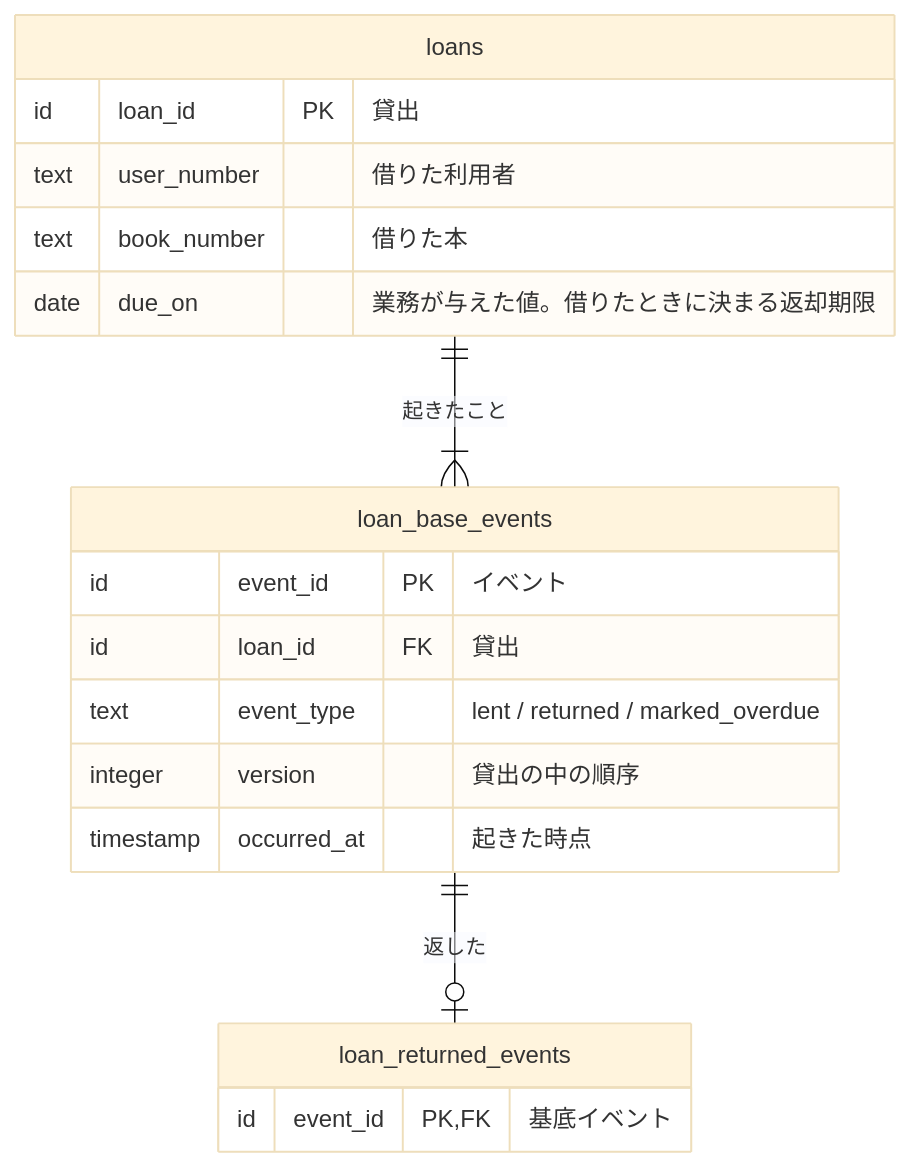
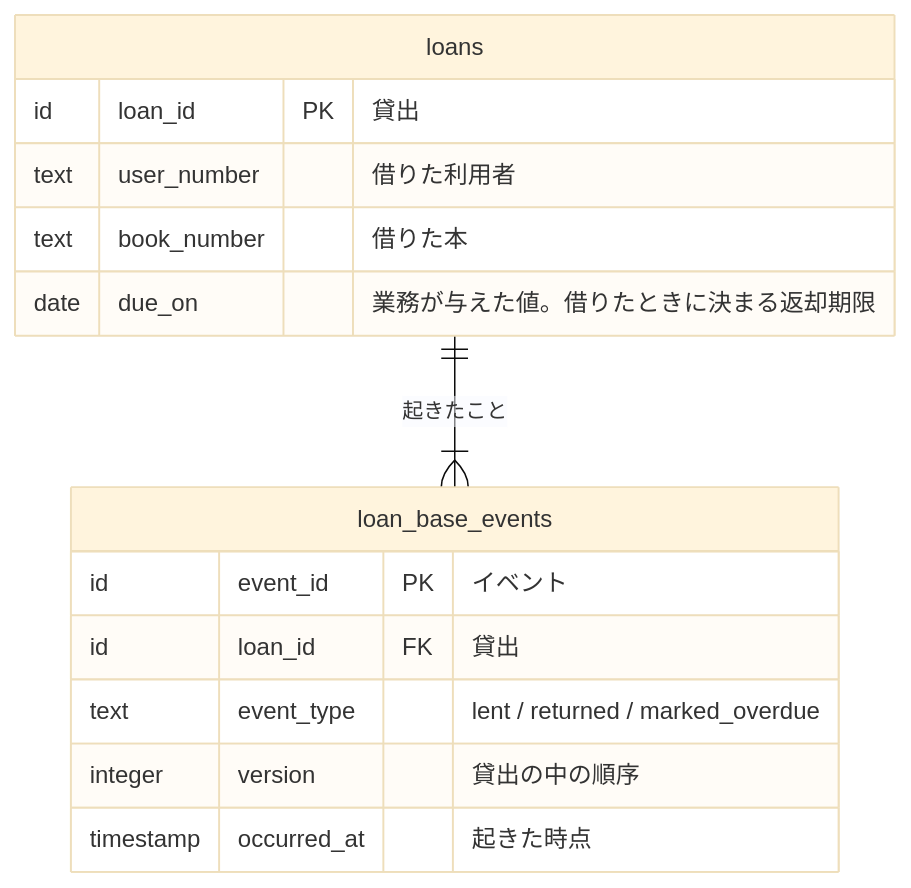
The diagram in plugins/write-doc/skills/write-doc/assets/examples/command-data-model.example.md (nakamori-naoya/write-doc-plugins), drawn with Mermaid (base theme) before and after one commit. The commit also changed other lines of this file and 1 other file, not shown here.

Commit message:
Avoid empty event detail tables in model documents

````diff
--- a/plugins/write-doc/skills/write-doc/assets/examples/command-data-model.example.md
+++ b/plugins/write-doc/skills/write-doc/assets/examples/command-data-model.example.md
@@ -27,21 +26,17 @@
 ```mermaid
 erDiagram
     loans {
         id loan_id PK "貸出"
         text user_number "借りた利用者"
         text book_number "借りた本"
         date due_on "業務が与えた値。借りたときに決まる返却期限"
     }
     loan_base_events {
         id event_id PK "イベント"
         id loan_id FK "貸出"
         text event_type "lent / returned / marked_overdue"
         integer version "貸出の中の順序"
         timestamp occurred_at "起きた時点"
     }
-    loan_returned_events {
-        id event_id PK, FK "基底イベント"
-    }
     loans ||--|{ loan_base_events : "起きたこと"
-    loan_base_events ||--o| loan_returned_events : "返した"
 ```
````
